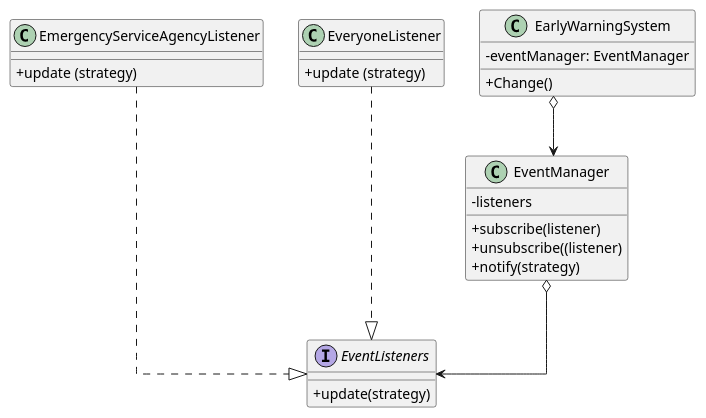
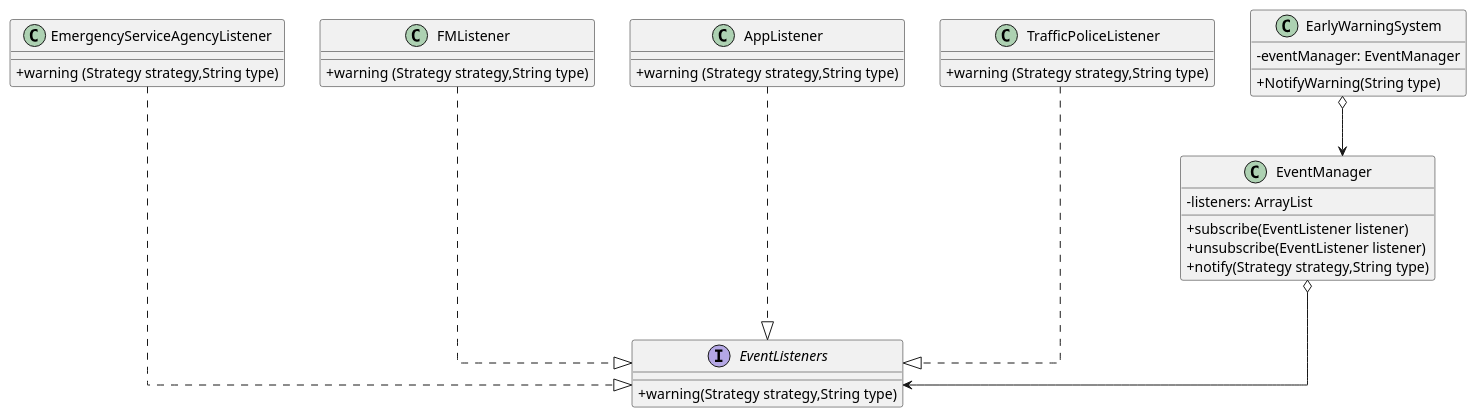
One commit to LenthDose/DesignPatterFinal changed the diagram in out/production/DesignPatter-Final/uml/Event-Subscriber.puml. Above: the diagram before and after it, drawn with PlantUML. The commit also changed 16 other files, not shown here.

```diff
--- a/out/production/DesignPatter-Final/uml/Event-Subscriber.puml
+++ b/out/production/DesignPatter-Final/uml/Event-Subscriber.puml
@@ -1,35 +1,45 @@
 @startuml
 'https://plantuml.com/class-diagram
 
 skinparam classAttributeIconSize 0
 skinparam linetype ortho
 
 class EventManager{
-- listeners
-+ subscribe(listener)
-+ unsubscribe((listener)
-+ notify(strategy)
+- listeners: ArrayList
++ subscribe(EventListener listener)
++ unsubscribe(EventListener listener)
++ notify(Strategy strategy,String type)
 }
 
 interface EventListeners{
-+ update(strategy)
++ warning(Strategy strategy,String type)
 }
 
 class EmergencyServiceAgencyListener{
-+ update (strategy)
++ warning (Strategy strategy,String type)
 }
 
-class EveryoneListener{
-+ update (strategy)
+class FMListener{
++ warning (Strategy strategy,String type)
+}
+
+class AppListener{
++ warning (Strategy strategy,String type)
+}
+
+class TrafficPoliceListener{
++ warning (Strategy strategy,String type)
 }
 
 class EarlyWarningSystem{
 - eventManager: EventManager
-+ Change()
++ NotifyWarning(String type)
 }
 
 EmergencyServiceAgencyListener ...|> EventListeners
-EveryoneListener ...|> EventListeners
+FMListener ...|> EventListeners
+AppListener ...|> EventListeners
+TrafficPoliceListener ...|> EventListeners
 EventManager o--> EventListeners
 EarlyWarningSystem o--> EventManager
 @enduml
```
